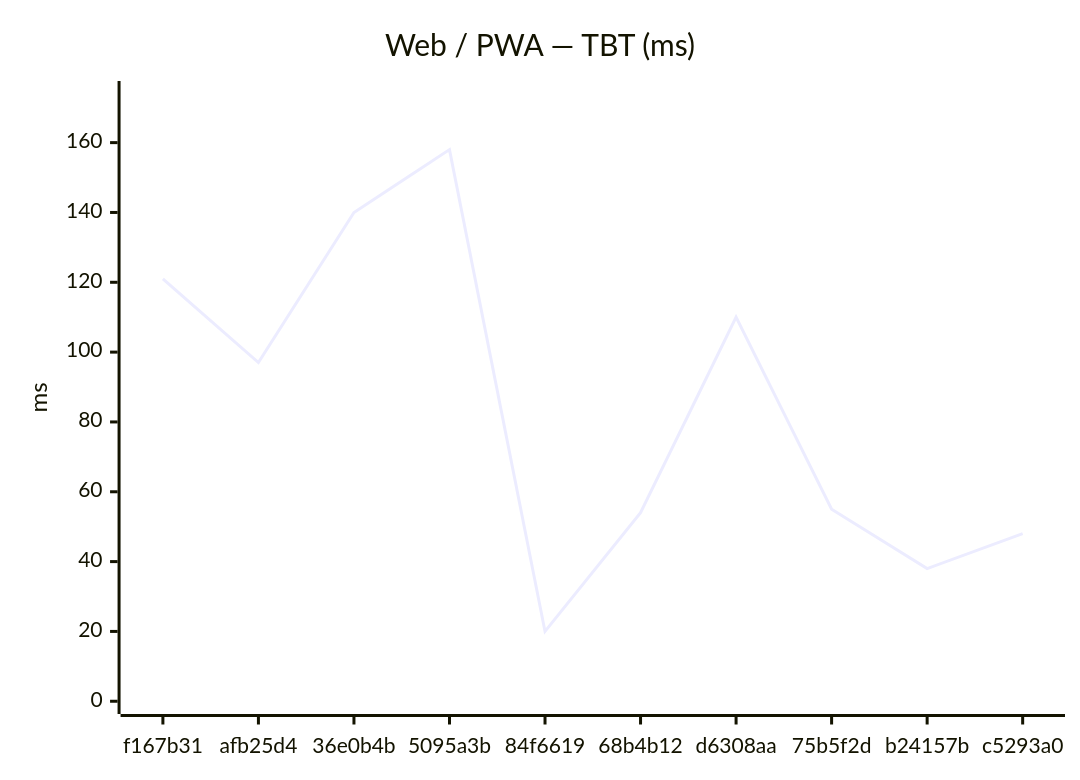
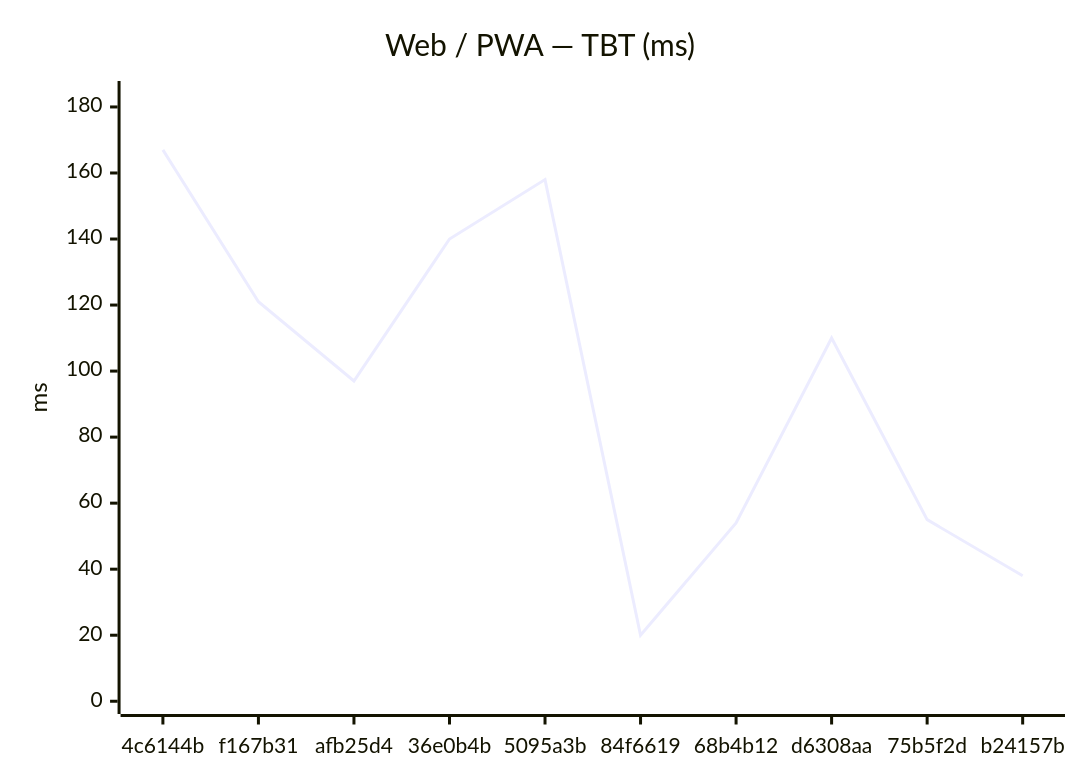
One commit to Metaheurist/Rianell changed the second of 18 diagrams in benchmarks/compare.md. Above: the diagram before and after it, drawn with Mermaid. The commit also changed other lines of this file and 11 other files, not shown here.

````diff
--- a/benchmarks/compare.md
+++ b/benchmarks/compare.md
@@ -31,7 +31,7 @@
 ```mermaid
 xychart-beta
     title "Web / PWA — TBT (ms)"
-    x-axis ["f167b31", "afb25d4", "36e0b4b", "5095a3b", "84f6619", "68b4b12", "d6308aa", "75b5f2d", "b24157b", "c5293a0"]
-    y-axis "ms" 0 --> 174
-    line [121, 97, 140, 158, 20, 54, 110, 55, 38, 48]
+    x-axis ["4c6144b", "f167b31", "afb25d4", "36e0b4b", "5095a3b", "84f6619", "68b4b12", "d6308aa", "75b5f2d", "b24157b"]
+    y-axis "ms" 0 --> 184
+    line [167, 121, 97, 140, 158, 20, 54, 110, 55, 38]
 ```
````
